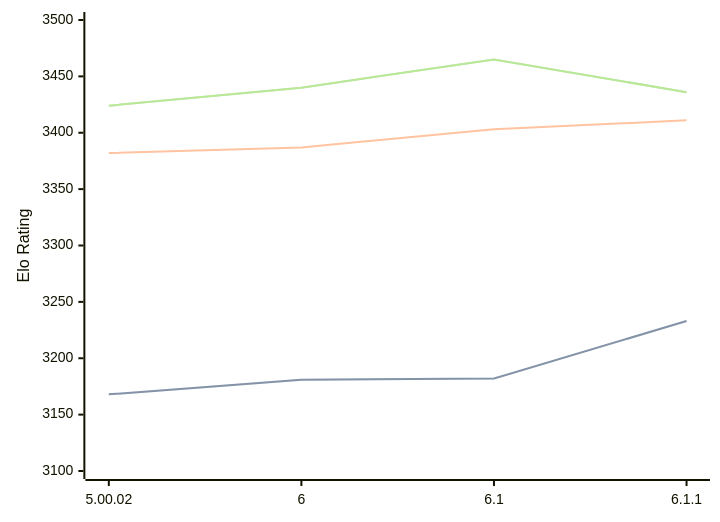
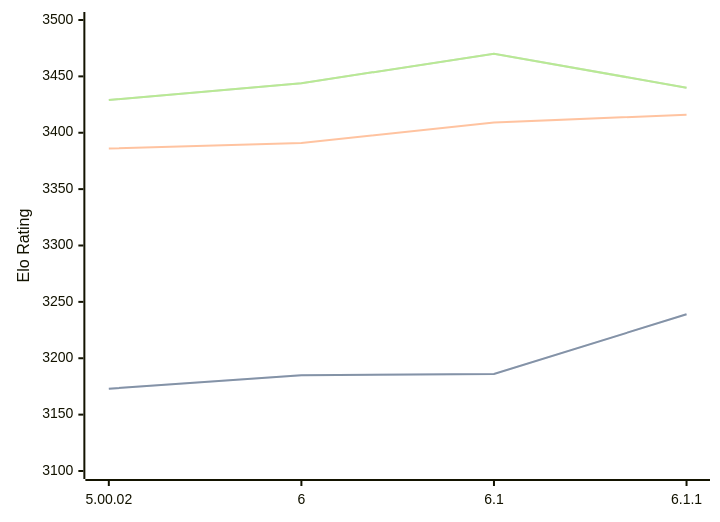
Before and after one commit to computer-chess-index/cci: the diagram in engines/Zangdar.md, drawn with Mermaid. The commit also changed other lines of this file, not shown here.

Commit message:
Update CCI Ratings (ELO VLTC) - 2026-04-18

````diff
--- a/engines/Zangdar.md
+++ b/engines/Zangdar.md
@@ -46,11 +46,11 @@
 ```mermaid
 %%{init: {"theme":"base","themeVariables":{"seriesColors:['#a3a3a3','#222221','#faa371']}}}%%
 xychart-beta
   x-axis ["5.00.02", "6", "6.1", "6.1.1"]
   y-axis "Elo Rating" 3100 --> 3500
-  line "STC (8.0+0.08s)" [3168, 3181, 3182, 3233]
-  line "STC (8.0+0.08s)" [3168, 3181, 3182, 3233]
-  line "LTC (60.0+0.60s)" [3382, 3387, 3403, 3411]
-  line "VLTC (2m24s+1.12s)" [3424, 3440, 3465, 3436]
-  line "VLTC (2m24s+1.12s)" [3424, 3440, 3465, 3436]
+  line "STC (8.0+0.08s)" [3173, 3185, 3186, 3239]
+  line "STC (8.0+0.08s)" [3173, 3185, 3186, 3239]
+  line "LTC (60.0+0.60s)" [3386, 3391, 3409, 3416]
+  line "VLTC (2m24s+1.12s)" [3429, 3444, 3470, 3440]
+  line "VLTC (2m24s+1.12s)" [3429, 3444, 3470, 3440]
 ```
````
